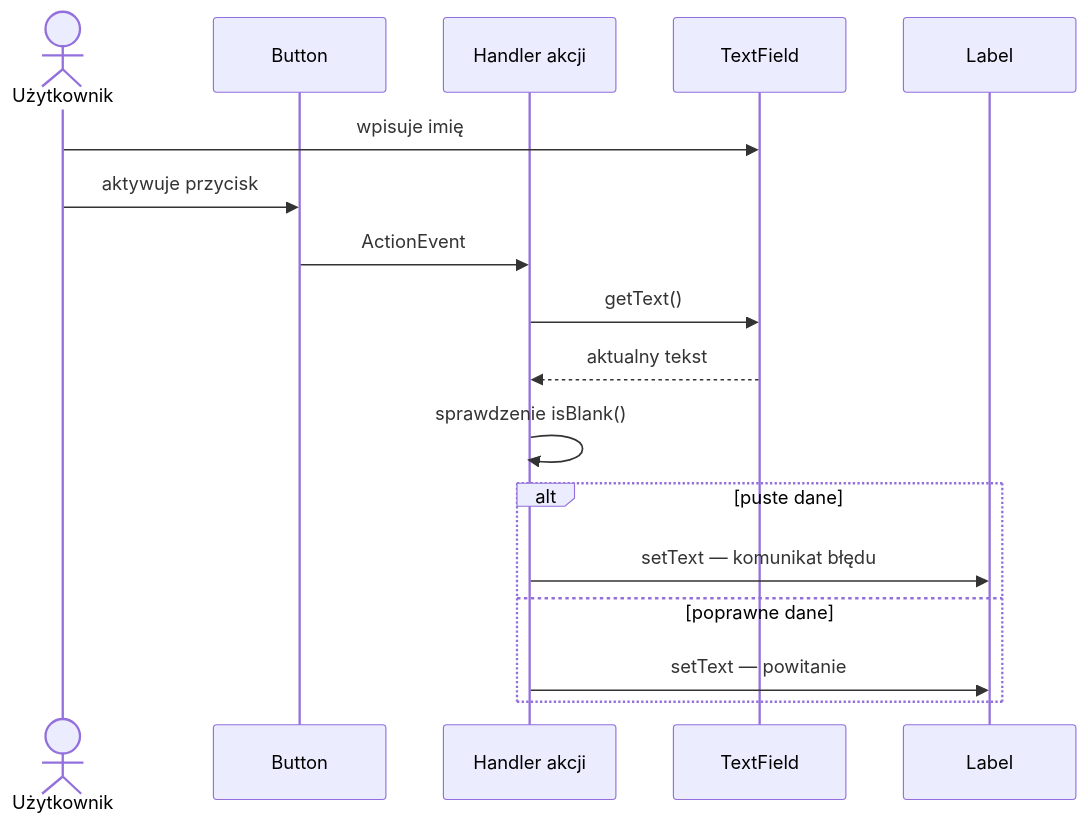
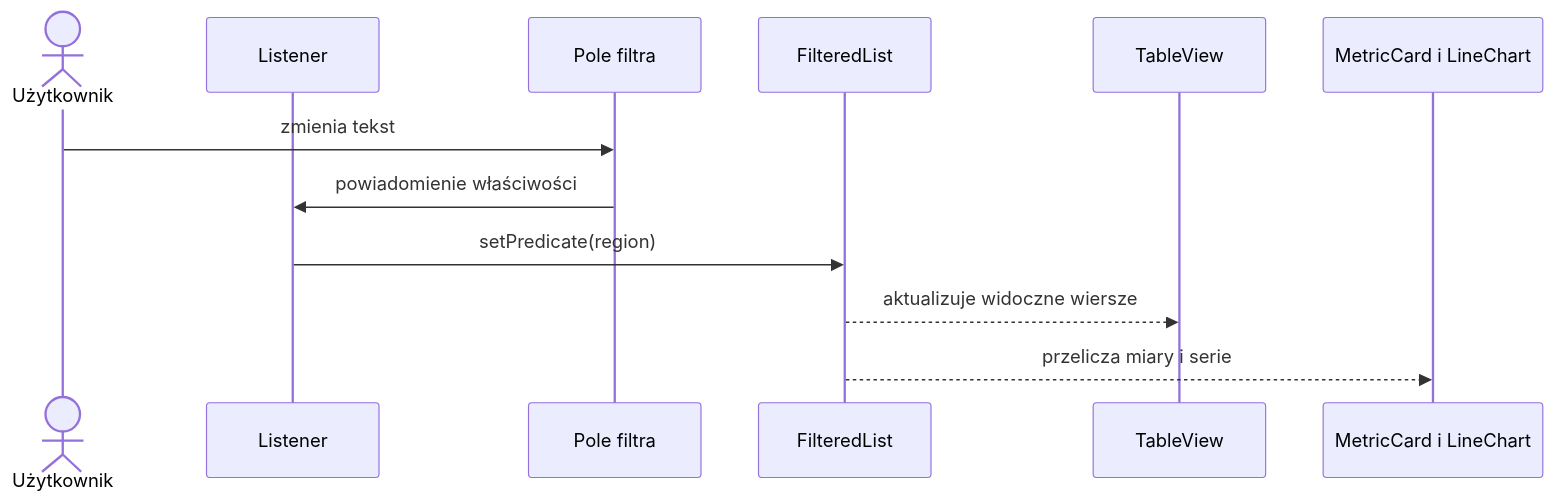
One commit to wgalka/PO2-Java changed the third of 13 diagrams in 2026-2027/lab2/README.md. Above: the diagram before and after it, drawn with Mermaid. The commit also changed other lines of this file and 64 other files, not shown here.

````diff
--- a/2026-2027/lab2/README.md
+++ b/2026-2027/lab2/README.md
@@ -211,19 +267,14 @@
 ```mermaid
 sequenceDiagram
     actor U as Użytkownik
-    participant B as Button
-    participant H as Handler akcji
-    participant F as TextField
-    participant L as Label
-    U->>F: wpisuje imię
-    U->>B: aktywuje przycisk
-    B->>H: ActionEvent
-    H->>F: getText()
-    F-->>H: aktualny tekst
-    H->>H: sprawdzenie isBlank()
-    alt puste dane
-        H->>L: setText — komunikat błędu
-    else poprawne dane
-        H->>L: setText — powitanie
-    end
+    participant H as Listener
+    participant F as Pole filtra
+    participant L as FilteredList
+    participant T as TableView
+    participant C as MetricCard i LineChart
+    U->>F: zmienia tekst
+    F->>H: powiadomienie właściwości
+    H->>L: setPredicate(region)
+    L-->>T: aktualizuje widoczne wiersze
+    L-->>C: przelicza miary i serie
 ```
````
